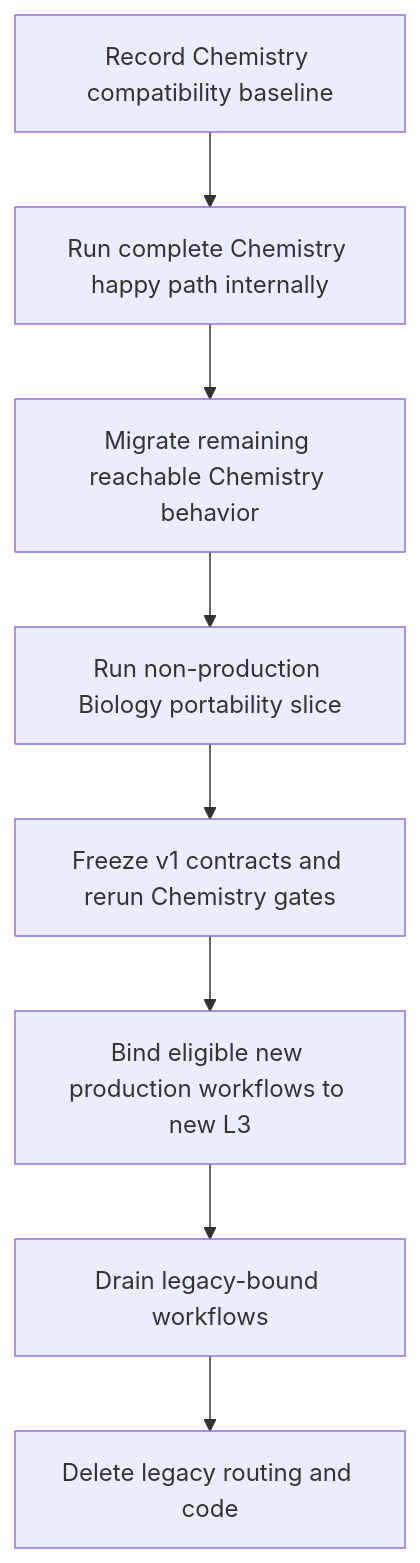
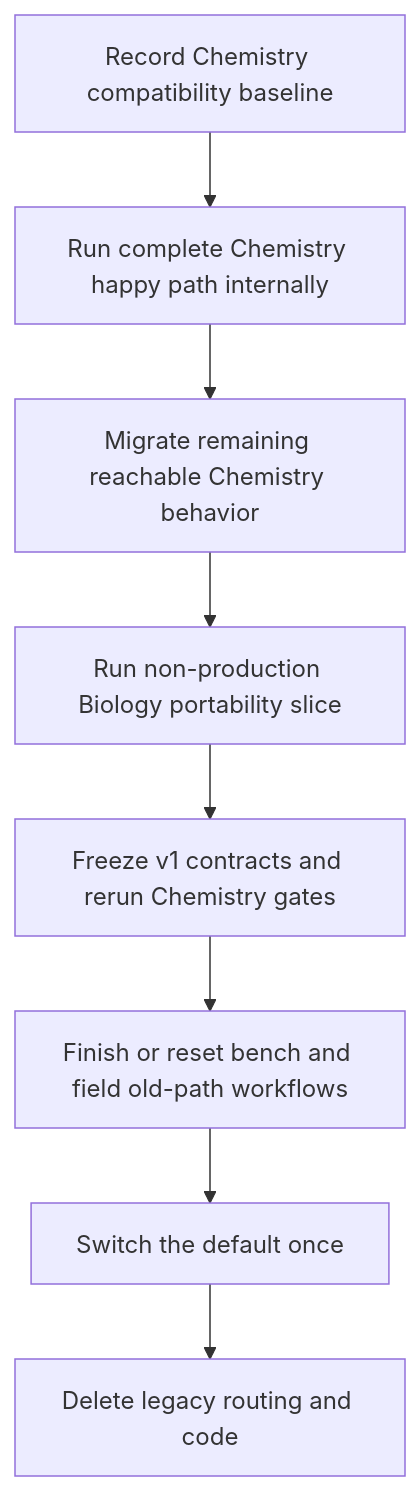
One commit to c12-ai/BIC-meta changed the sixth of 6 diagrams in docs/architecture/agent-service-l3-redesign.md. Above: the diagram before and after it, drawn with Mermaid. The commit also changed other lines of this file and 20 other files, not shown here.

Commit message:
docs(architecture): apply PR 327 review rulings

````diff
--- a/docs/architecture/agent-service-l3-redesign.md
+++ b/docs/architecture/agent-service-l3-redesign.md
@@ -358,13 +369,13 @@
 ```mermaid
 flowchart TB
     B[Record Chemistry compatibility baseline]
     H[Run complete Chemistry happy path internally]
     C[Migrate remaining reachable Chemistry behavior]
     Bio[Run non-production Biology portability slice]
     F[Freeze v1 contracts and rerun Chemistry gates]
-    P[Bind eligible new production workflows to new L3]
-    D[Drain legacy-bound workflows]
+    Q[Finish or reset bench and field old-path workflows]
+    P[Switch the default once]
     R[Delete legacy routing and code]
 
-    B --> H --> C --> Bio --> F --> P --> D --> R
+    B --> H --> C --> Bio --> F --> Q --> P --> R
 ```
````
